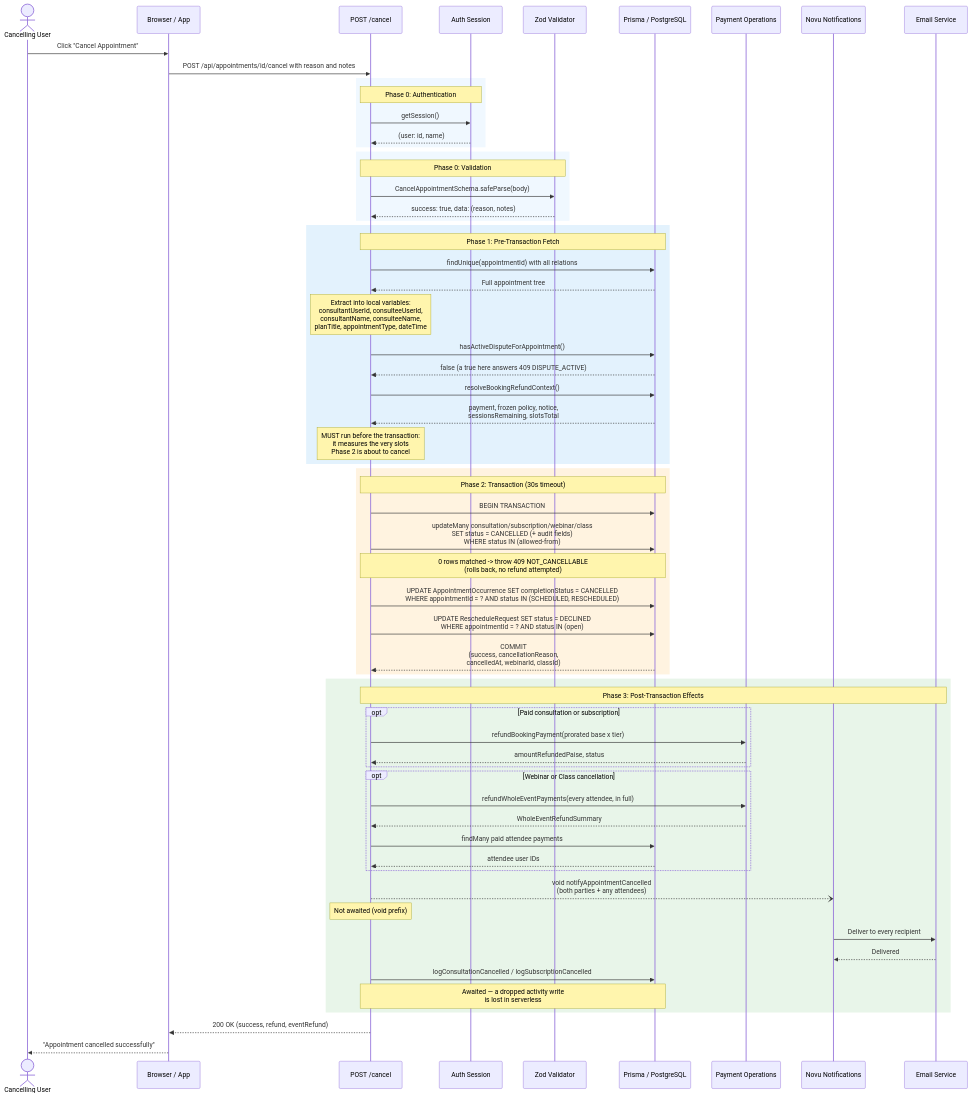
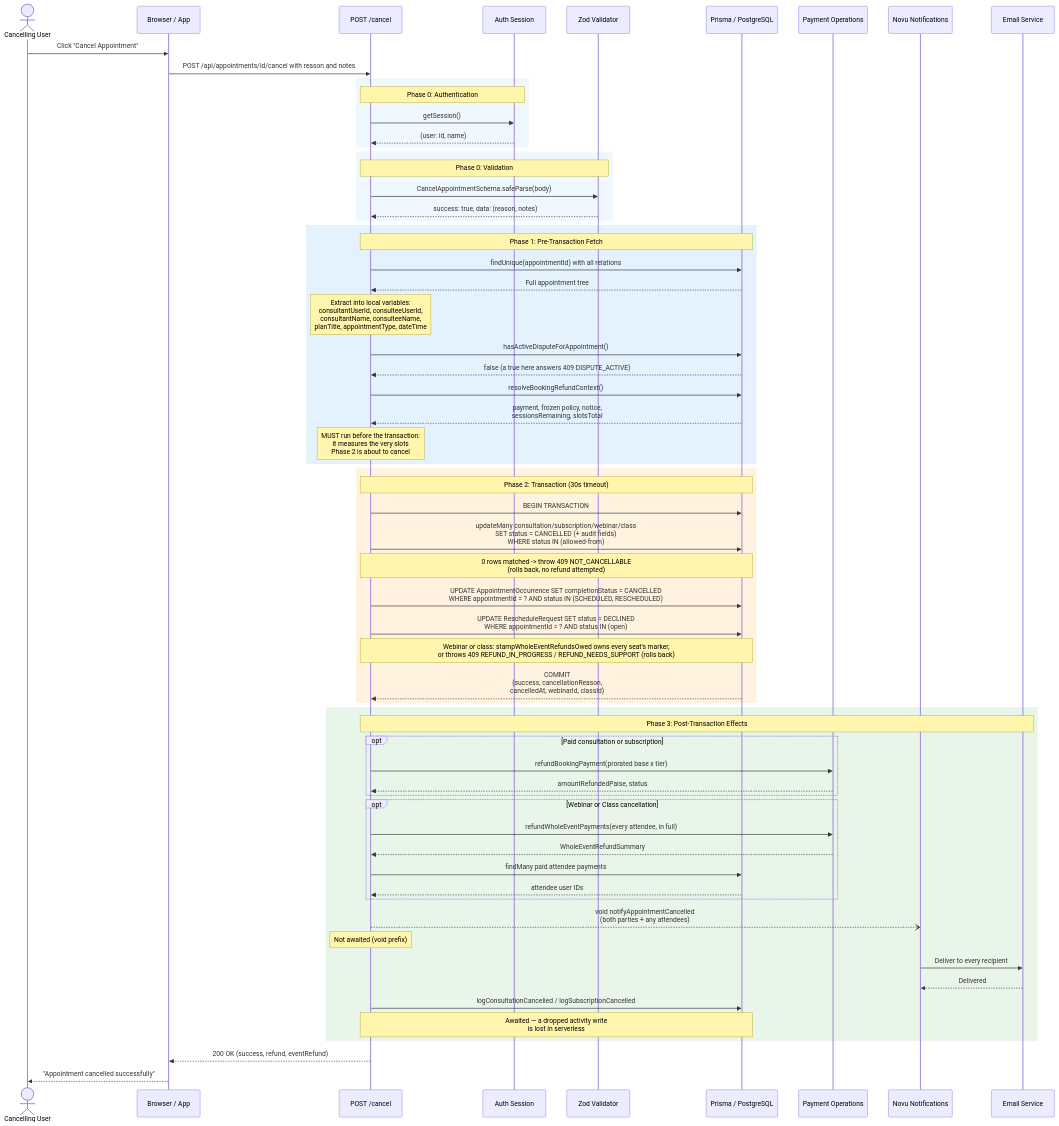
Before and after one commit to Practitionist/familiarise_web: diagram 14 of 14 in docs/booking/08-cancellation-flow.md, drawn with Mermaid. The commit also changed 12 other files, not shown here.

First line of the commit message:
docs(booking): exit right for long classes, whole-event marker ownership, held top-ups

````diff
--- a/docs/booking/08-cancellation-flow.md
+++ b/docs/booking/08-cancellation-flow.md
@@ -1281,76 +1281,77 @@
 ```mermaid
 sequenceDiagram
     actor User as Cancelling User
     participant Client as Browser / App
     participant API as POST /cancel
     participant Auth as Auth Session
     participant Zod as Zod Validator
     participant DB as Prisma / PostgreSQL
     participant Pay as Payment Operations
     participant Novu as Novu Notifications
     participant Email as Email Service
 
     User->>Client: Click "Cancel Appointment"
     Client->>API: POST /api/appointments/id/cancel with reason and notes
 
     rect rgb(240, 248, 255)
         Note over API,Auth: Phase 0: Authentication
         API->>Auth: getSession()
         Auth-->>API: (user: id, name)
     end
 
     rect rgb(240, 248, 255)
         Note over API,Zod: Phase 0: Validation
         API->>Zod: CancelAppointmentSchema.safeParse(body)
         Zod-->>API: success: true, data: (reason, notes)
     end
 
     rect rgb(227, 242, 253)
         Note over API,DB: Phase 1: Pre-Transaction Fetch
         API->>DB: findUnique(appointmentId) with all relations
         DB-->>API: Full appointment tree
         Note over API: Extract into local variables:<br/>consultantUserId, consulteeUserId,<br/>consultantName, consulteeName,<br/>planTitle, appointmentType, dateTime
         API->>DB: hasActiveDisputeForAppointment()
         DB-->>API: false (a true here answers 409 DISPUTE_ACTIVE)
         API->>DB: resolveBookingRefundContext()
         DB-->>API: payment, frozen policy, notice,<br/>sessionsRemaining, slotsTotal
         Note over API: MUST run before the transaction:<br/>it measures the very slots<br/>Phase 2 is about to cancel
     end
 
     rect rgb(255, 243, 224)
         Note over API,DB: Phase 2: Transaction (30s timeout)
         API->>DB: BEGIN TRANSACTION
         API->>DB: updateMany consultation/subscription/webinar/class<br/>SET status = CANCELLED (+ audit fields)<br/>WHERE status IN (allowed-from)
         Note over API,DB: 0 rows matched -> throw 409 NOT_CANCELLABLE<br/>(rolls back, no refund attempted)
         API->>DB: UPDATE AppointmentOccurrence SET completionStatus = CANCELLED<br/>WHERE appointmentId = ? AND status IN (SCHEDULED, RESCHEDULED)
         API->>DB: UPDATE RescheduleRequest SET status = DECLINED<br/>WHERE appointmentId = ? AND status IN (open)
+        Note over API,DB: Webinar or class: stampWholeEventRefundsOwed owns every seat's marker,<br/>or throws 409 REFUND_IN_PROGRESS / REFUND_NEEDS_SUPPORT (rolls back)
         DB-->>API: COMMIT<br/>(success, cancellationReason,<br/>cancelledAt, webinarId, classId)
     end
 
     rect rgb(232, 245, 233)
         Note over API,Email: Phase 3: Post-Transaction Effects
 
         opt Paid consultation or subscription
             API->>Pay: refundBookingPayment(prorated base x tier)
             Pay-->>API: amountRefundedPaise, status
         end
 
         opt Webinar or Class cancellation
             API->>Pay: refundWholeEventPayments(every attendee, in full)
             Pay-->>API: WholeEventRefundSummary
             API->>DB: findMany paid attendee payments
             DB-->>API: attendee user IDs
         end
 
         API--)Novu: void notifyAppointmentCancelled<br/>(both parties + any attendees)
         Note over API: Not awaited (void prefix)
         Novu->>Email: Deliver to every recipient
         Email-->>Novu: Delivered
 
         API->>DB: logConsultationCancelled / logSubscriptionCancelled
         Note over API,DB: Awaited — a dropped activity write<br/>is lost in serverless
     end
 
     API-->>Client: 200 OK (success, refund, eventRefund)
     Client-->>User: "Appointment cancelled successfully"
 ```
````
